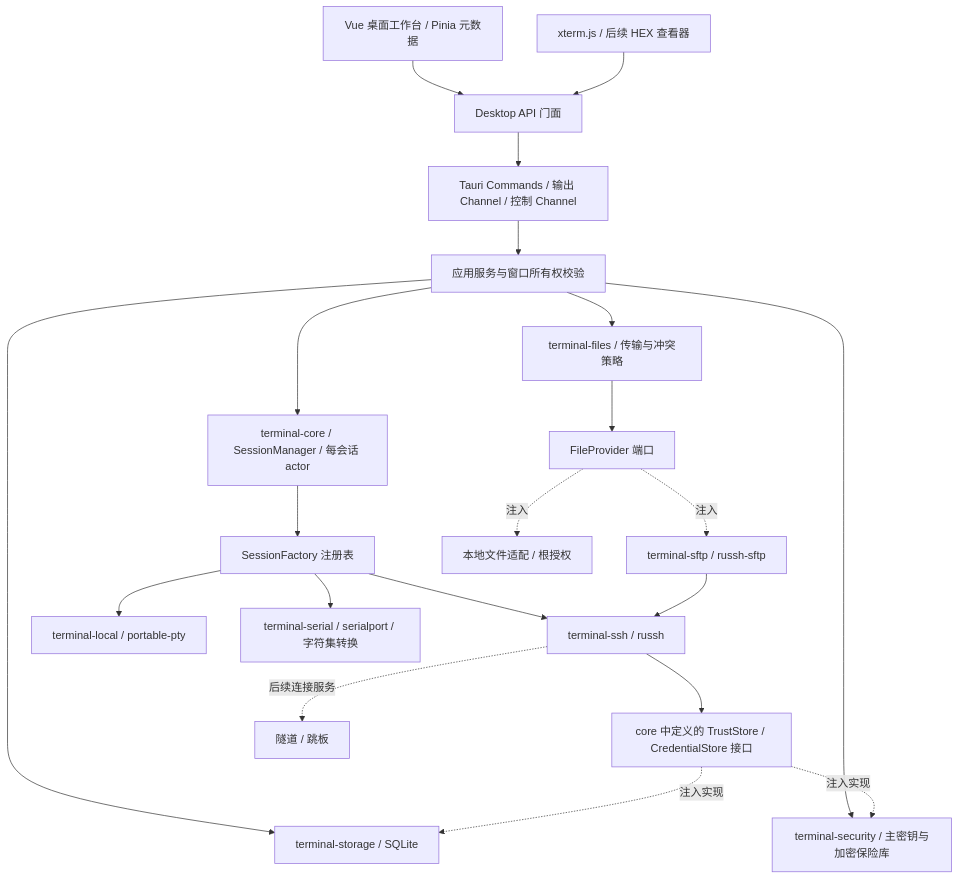
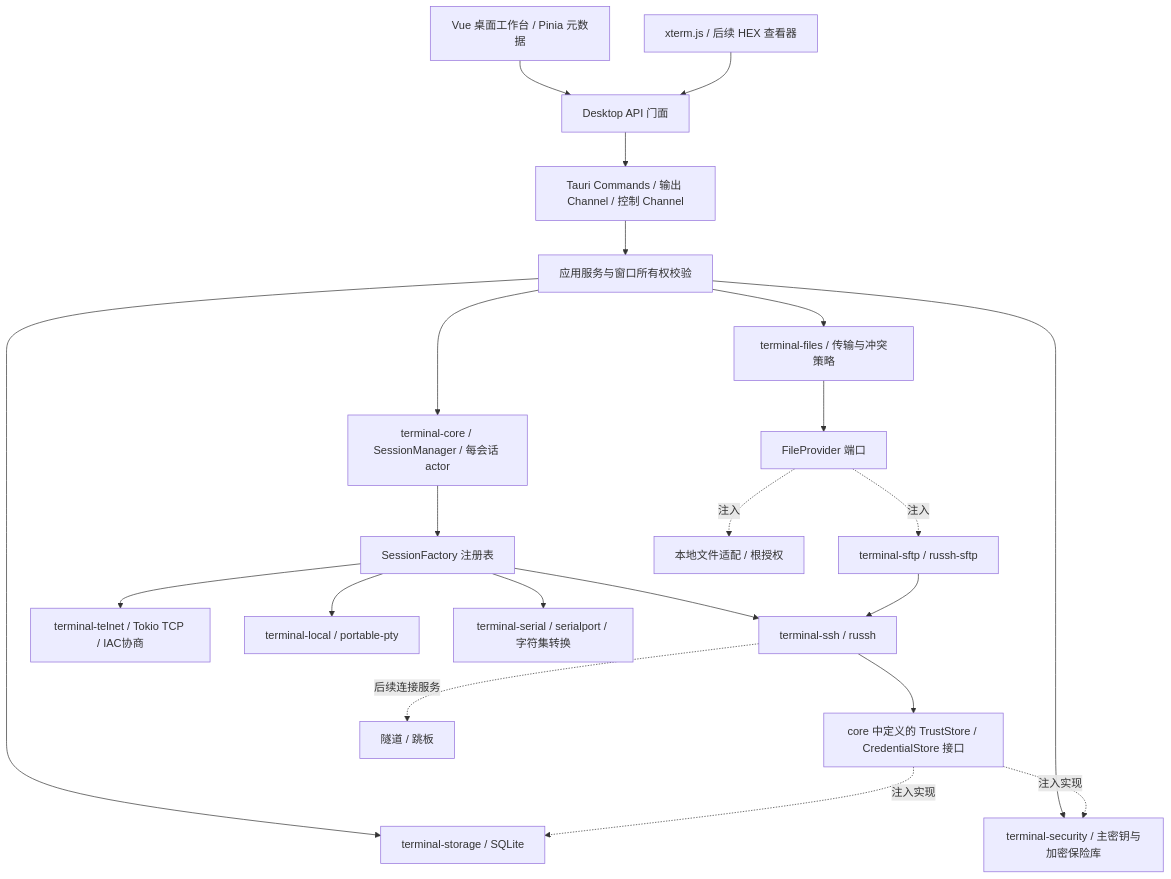
Before and after one commit to h3110w0r1d-y/termeta: the diagram in docs/03-architecture.md, drawn with Mermaid. The commit also changed other lines of this file and 74 other files, not shown here.

````diff
--- a/docs/03-architecture.md
+++ b/docs/03-architecture.md
@@ -7,23 +7,24 @@
 ```mermaid
 flowchart TB
   UI[Vue 桌面工作台 / Pinia 元数据] --> Bridge[Desktop API 门面]
   Terminal[xterm.js / 后续 HEX 查看器] --> Bridge
   Bridge --> IPC[Tauri Commands / 输出 Channel / 控制 Channel]
   IPC --> App[应用服务与窗口所有权校验]
   App --> Core[terminal-core / SessionManager / 每会话 actor]
   Core --> Factory[SessionFactory 注册表]
   Factory --> SSH[terminal-ssh / russh]
+  Factory --> Telnet[terminal-telnet / Tokio TCP / IAC协商]
   Factory --> Local[terminal-local / portable-pty]
   Factory --> Serial[terminal-serial / serialport / 字符集转换]
   App --> Store[terminal-storage / SQLite]
   App --> Security[terminal-security / 主密钥与加密保险库]
   SSH --> Ports[core 中定义的 TrustStore / CredentialStore 接口]
   Ports -. 注入实现 .-> Store
   Ports -. 注入实现 .-> Security
   App --> Files[terminal-files / 传输与冲突策略]
   Files --> Providers[FileProvider 端口]
   Providers -. 注入 .-> Sftp[terminal-sftp / russh-sftp]
   Providers -. 注入 .-> LocalFiles[本地文件适配 / 根授权]
   Sftp --> SSH
   SSH -. 后续连接服务 .-> Extra[隧道 / 跳板]
 ```
````
